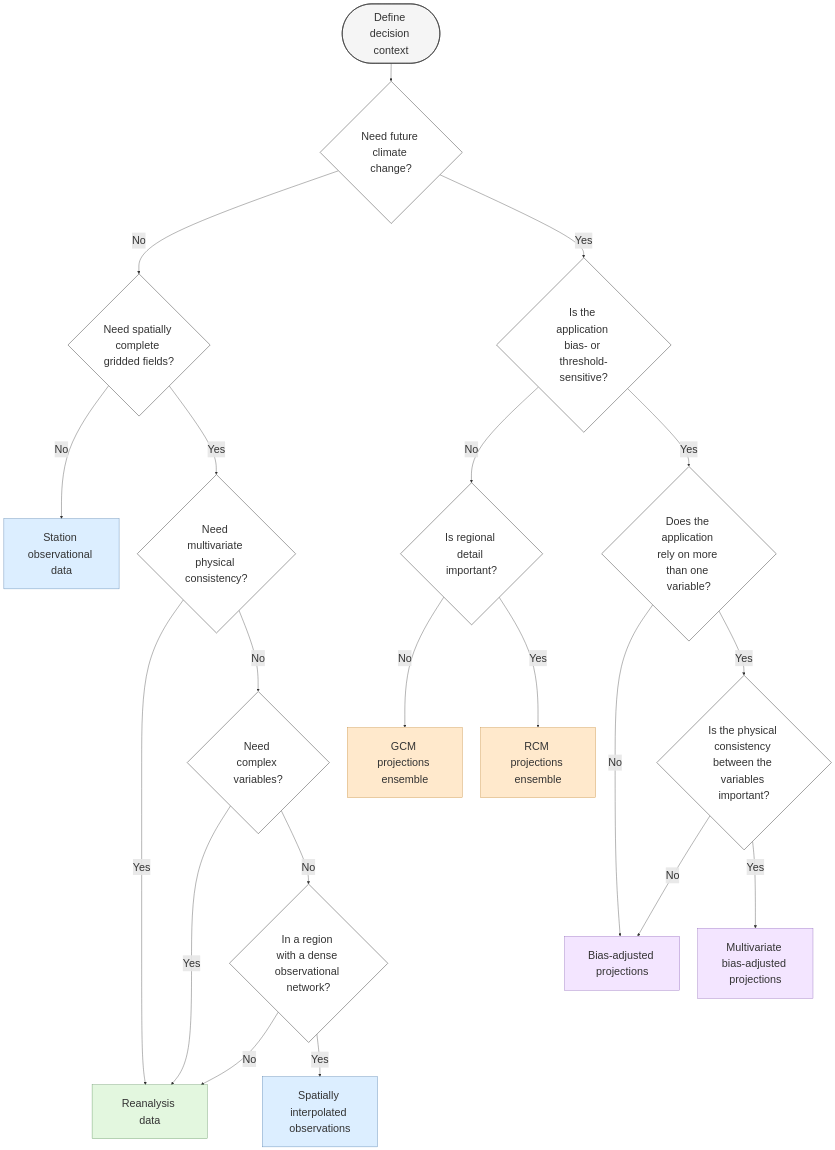
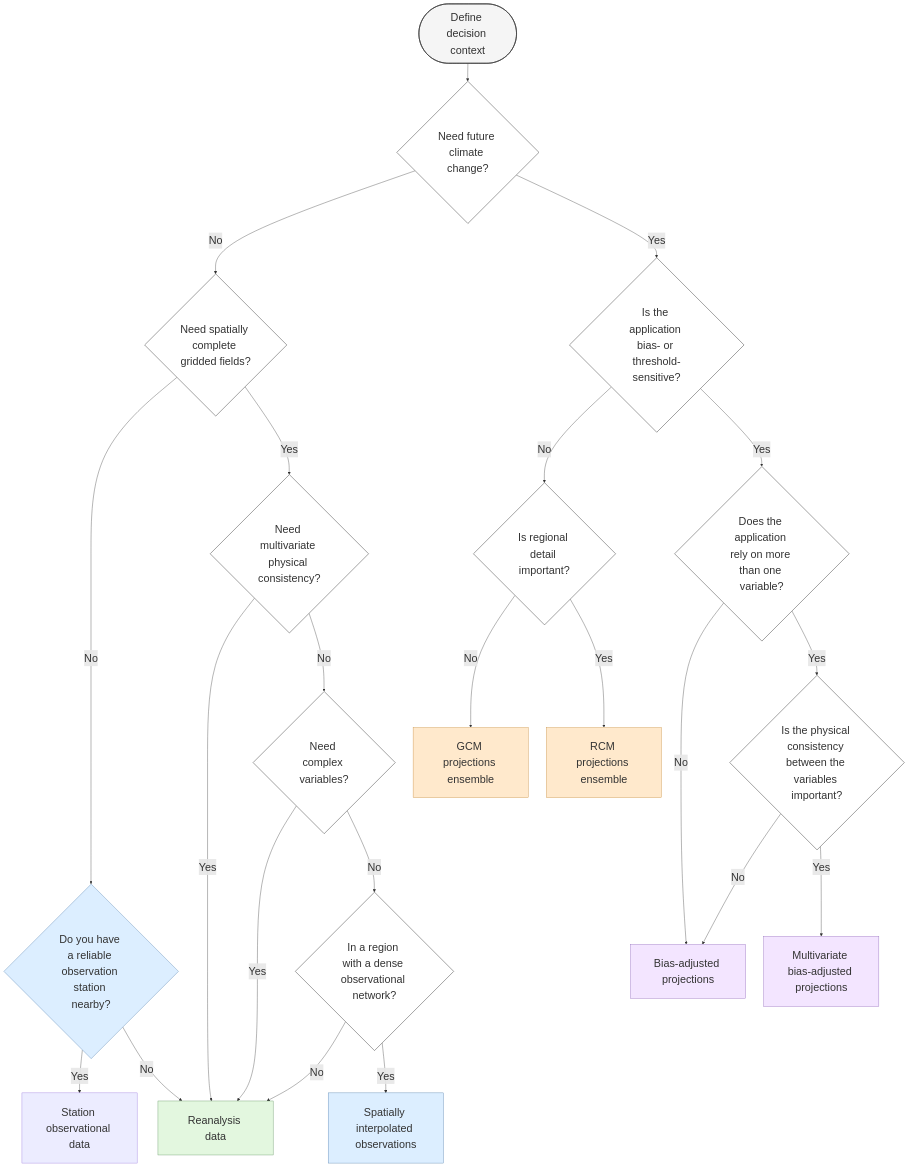
One commit to Ouranosinc/energy_climate_data_guide changed the diagram in ecdg_report/guidance/Climate_Data_Decision_Tree.qmd. Above: the diagram before and after it, drawn with Mermaid. The commit also changed other lines of this file, not shown here.

Commit message:
Update climate data decision tree

````diff
--- a/ecdg_report/guidance/Climate_Data_Decision_Tree.qmd
+++ b/ecdg_report/guidance/Climate_Data_Decision_Tree.qmd
@@ -37,55 +37,59 @@
 ```{mermaid}
 %%{init: {'themeVariables': { 'fontSize': '30px'}, 'flowchart': { 'nodeSpacing': 50, 'rankSpacing': 50, 'padding': 30, 'curve': 'basis', 'htmlLabels': true, 'useMaxWidth': true }} }%%
 flowchart TD
 
     A([Define decision context]) --> B{Need future climate change?}
 
     %% Historical / baseline branch
     B -- No --> C{Need spatially complete gridded fields?}
-    C -- No --> D[Station observational data]
+    C -- No --> D{Do you have a reliable observation station nearby?}
+    
+    D -- Yes --> DD[Station observational data] 
+    D -- No --> F[Reanalysis data]
+    
     C -- Yes --> E{Need multivariate physical consistency?}
   
     E -- Yes --> F[Reanalysis data]
     E -- No --> T{Need complex variables?}
 
     T -- Yes --> F[Reanalysis data]
     T -- No --> U{In a region with a dense observational network?}
 
     U -- No --> F[Reanalysis data]
     U -- Yes --> V[Spatially interpolated observations]
 
     %% Future / planning branch
     B -- Yes --> K{Is the application bias- or threshold-sensitive?}
 
     K -- No --> H{Is regional detail important?}
     K -- Yes --> M{Does the application rely on more than one variable?}
 
     H -- No --> I[GCM projections ensemble]
     H -- Yes --> J[RCM projections ensemble]
 
     M -- No --> N[Bias-adjusted projections]
     M -- Yes --> O{Is the physical consistency between the variables important?}
 
     O -- No --> N[Bias-adjusted projections]
     O -- Yes --> S[Multivariate bias-adjusted projections]
 
     %% Reanalysis bias check
     %% F --> P{Bias too large for decision metric?}
     %% P -- No --> Q[Proceed with reanalysis]
     %% P -- Yes --> R[Apply targeted bias correction]
 
     %% Styling
     classDef start fill:#f5f5f5,stroke:#333,stroke-width:1.5px;
     classDef obs fill:#dceeff,stroke:#4a78a8,stroke-width:1px;
     classDef rean fill:#e3f7df,stroke:#5a8f5a,stroke-width:1px;
     classDef proj fill:#ffe9cc,stroke:#c48a3a,stroke-width:1px;
     classDef adjust fill:#f3e5ff,stroke:#8a63b8,stroke-width:1px;
     classDef decision fill:#ffffff,stroke:#555,stroke-width:1.5px;
 
     class A start;
     class B,C,E,H,K,M,O,U,T decision;
     class D,V obs;
     class F rean;
     class I,J proj;
     class N,S adjust;
 ```
````
